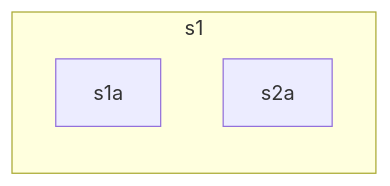
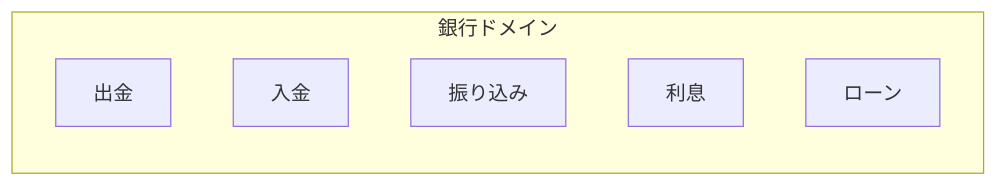
Before and after one commit to smith-30/gatsby-blog: the diagram in content/posts/2021_08_09.md, drawn with Mermaid. The commit also changed other lines of this file, not shown here.

````diff
--- a/content/posts/2021_08_09.md
+++ b/content/posts/2021_08_09.md
@@ -23,7 +24,10 @@
 ```mermaid
 graph LR
-    subgraph s1
-        s1a
-        s2a
+    subgraph 銀行ドメイン
+        出金
+        入金
+        振り込み
+        利息
+        ローン
     end
 ```
````
